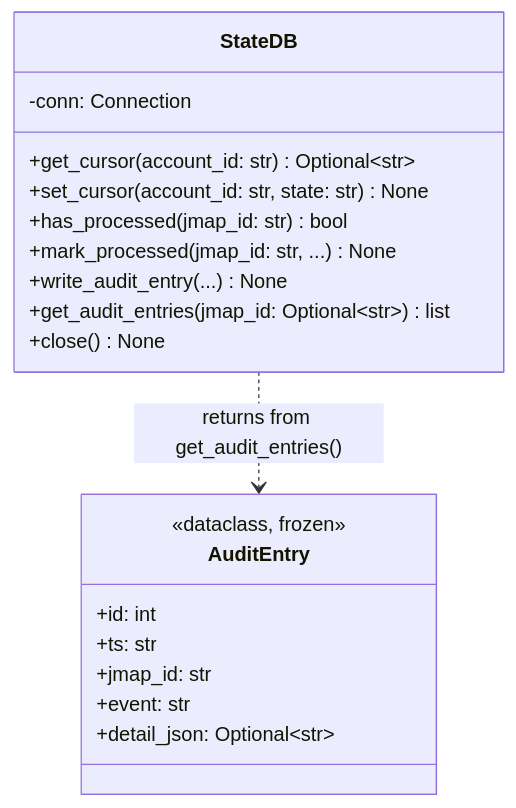
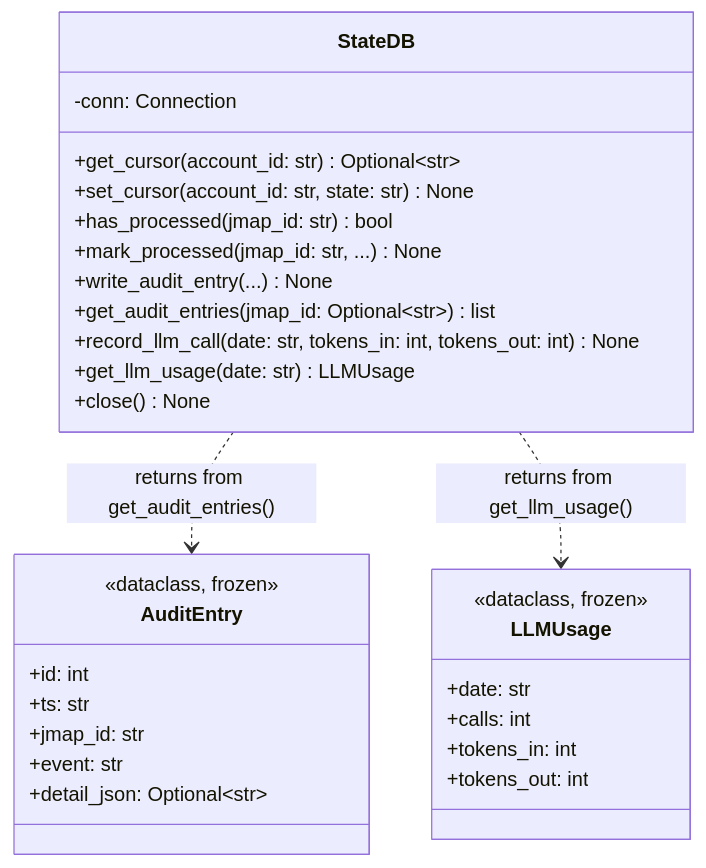
One commit to Stainless5166/friendly-octo-spork changed diagram 19 of 26 in docs/DESIGN.md. Above: the diagram before and after it, drawn with Mermaid. The commit also changed other lines of this file, not shown here.

````diff
--- a/docs/DESIGN.md
+++ b/docs/DESIGN.md
@@ -750,23 +767,33 @@
 ```mermaid
 classDiagram
     class AuditEntry {
         <<dataclass, frozen>>
         +id: int
         +ts: str
         +jmap_id: str
         +event: str
         +detail_json: Optional~str~
     }
+    class LLMUsage {
+        <<dataclass, frozen>>
+        +date: str
+        +calls: int
+        +tokens_in: int
+        +tokens_out: int
+    }
     class StateDB {
         -conn: Connection
         +get_cursor(account_id: str) Optional~str~
         +set_cursor(account_id: str, state: str) None
         +has_processed(jmap_id: str) bool
         +mark_processed(jmap_id: str, ...) None
         +write_audit_entry(...) None
         +get_audit_entries(jmap_id: Optional~str~) list
+        +record_llm_call(date: str, tokens_in: int, tokens_out: int) None
+        +get_llm_usage(date: str) LLMUsage
         +close() None
     }
 
     StateDB ..> AuditEntry : returns from get_audit_entries()
+    StateDB ..> LLMUsage : returns from get_llm_usage()
 ```
````
